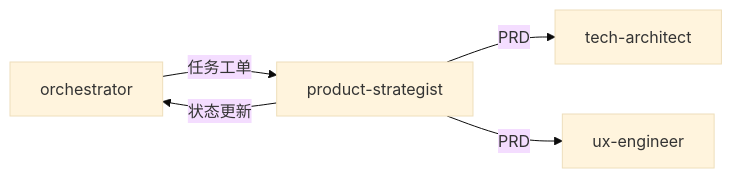
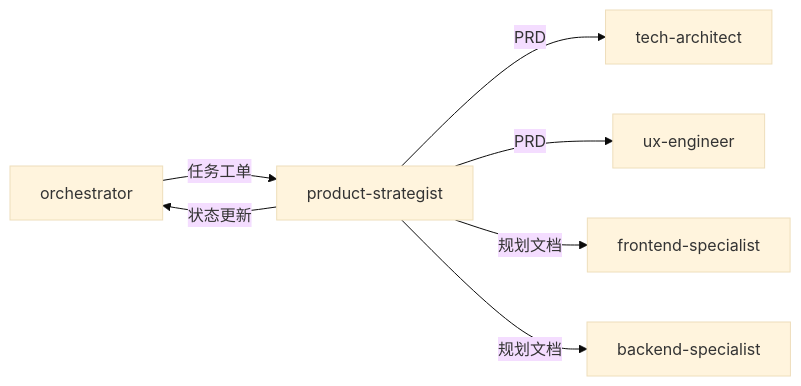
Before and after one commit to Tooooommy/Trae-Workflow: the second of 2 diagrams in skills/product-strategist/SKILL.md, drawn with Mermaid (base theme). The commit also changed other lines of this file and 5 other files, not shown here.

````diff
--- a/skills/product-strategist/SKILL.md
+++ b/skills/product-strategist/SKILL.md
@@ -94,7 +124,9 @@
 ```mermaid
 flowchart LR
     A[orchestrator] -->|任务工单| B[product-strategist]
     B -->|PRD| C[tech-architect]
     B -->|PRD| D[ux-engineer]
+    B -->|规划文档| E[frontend-specialist]
+    B -->|规划文档| F[backend-specialist]
     B -->|状态更新| A
 ```
````
